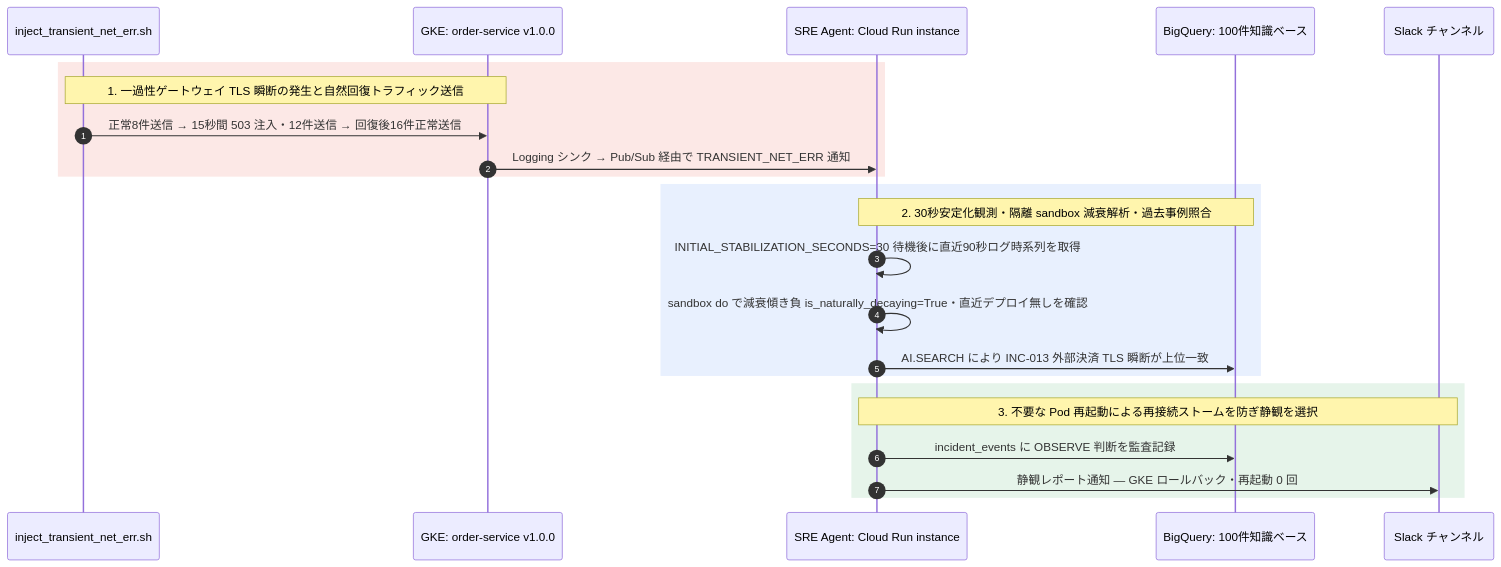
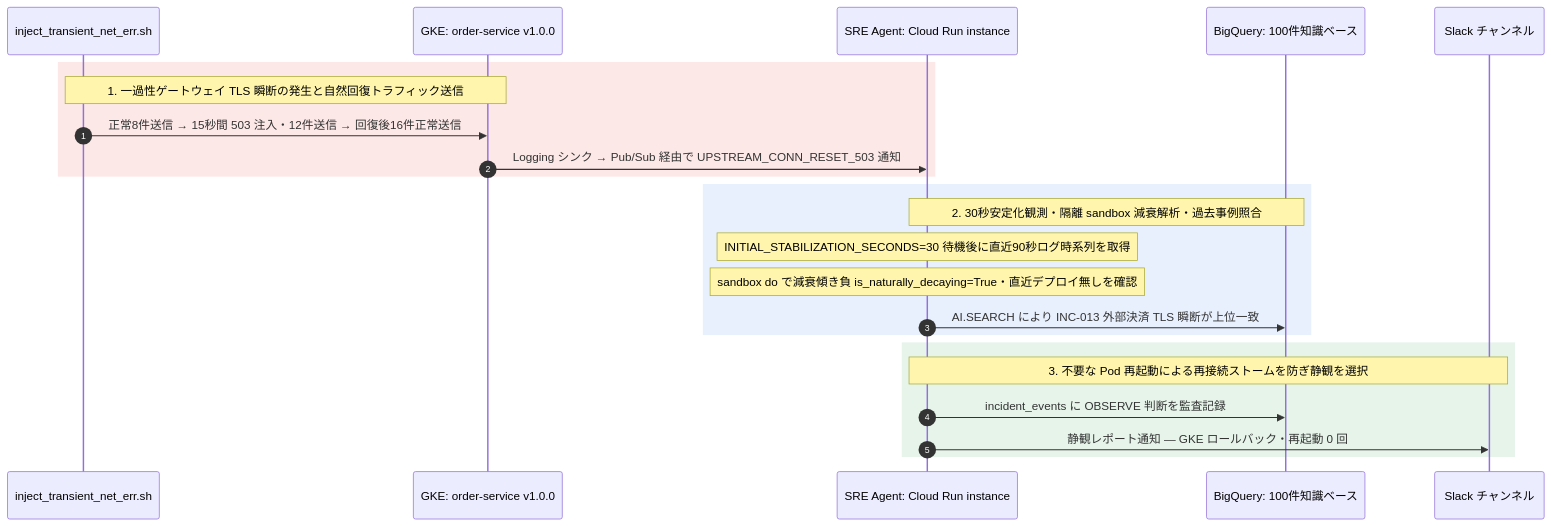
One commit to tyorikan/agentic-sre-handson changed the second of 5 diagrams in docs/05-deploy-cloud-run-instance-and-drills.md. Above: the diagram before and after it, drawn with Mermaid. The commit also changed other lines of this file and 26 other files, not shown here.

Commit message:
Polish agent guardrails, phased rollout cheatsheet, cleanup parity, and architecture diagrams

````diff
--- a/docs/05-deploy-cloud-run-instance-and-drills.md
+++ b/docs/05-deploy-cloud-run-instance-and-drills.md
@@ -174,28 +191,28 @@
 ```mermaid
 sequenceDiagram
     autonumber
     participant Script as inject_transient_net_err.sh
     participant GKE as GKE: order-service v1.0.0
     participant Agent as SRE Agent: Cloud Run instance
     participant BQ as BigQuery: 100件知識ベース
     participant Slack as Slack チャンネル
 
     rect rgb(252, 232, 230)
         Note over Script,GKE: 1. 一過性ゲートウェイ TLS 瞬断の発生と自然回復トラフィック送信
         Script->>GKE: 正常8件送信 → 15秒間 503 注入・12件送信 → 回復後16件正常送信
-        GKE->>Agent: Logging シンク → Pub/Sub 経由で TRANSIENT_NET_ERR 通知
+        GKE->>Agent: Logging シンク → Pub/Sub 経由で UPSTREAM_CONN_RESET_503 通知
     end
 
     rect rgb(232, 240, 254)
         Note over Agent,BQ: 2. 30秒安定化観測・隔離 sandbox 減衰解析・過去事例照合
-        Agent->>Agent: INITIAL_STABILIZATION_SECONDS=30 待機後に直近90秒ログ時系列を取得
-        Agent->>Agent: sandbox do で減衰傾き負 is_naturally_decaying=True・直近デプロイ無しを確認
+        Note over Agent: INITIAL_STABILIZATION_SECONDS=30 待機後に直近90秒ログ時系列を取得
+        Note over Agent: sandbox do で減衰傾き負 is_naturally_decaying=True・直近デプロイ無しを確認
         Agent->>BQ: AI.SEARCH により INC-013 外部決済 TLS 瞬断が上位一致
     end
 
     rect rgb(230, 244, 234)
         Note over Agent,Slack: 3. 不要な Pod 再起動による再接続ストームを防ぎ静観を選択
         Agent->>BQ: incident_events に OBSERVE 判断を監査記録
         Agent->>Slack: 静観レポート通知 — GKE ロールバック・再起動 0 回
     end
 ```
````
